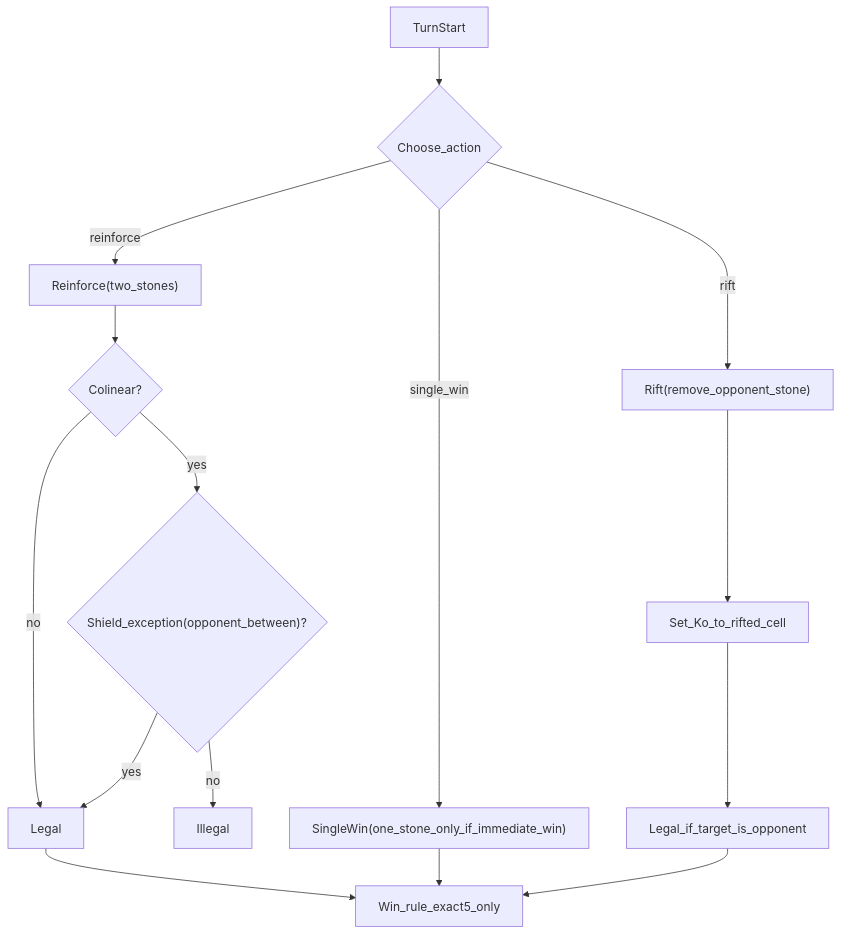
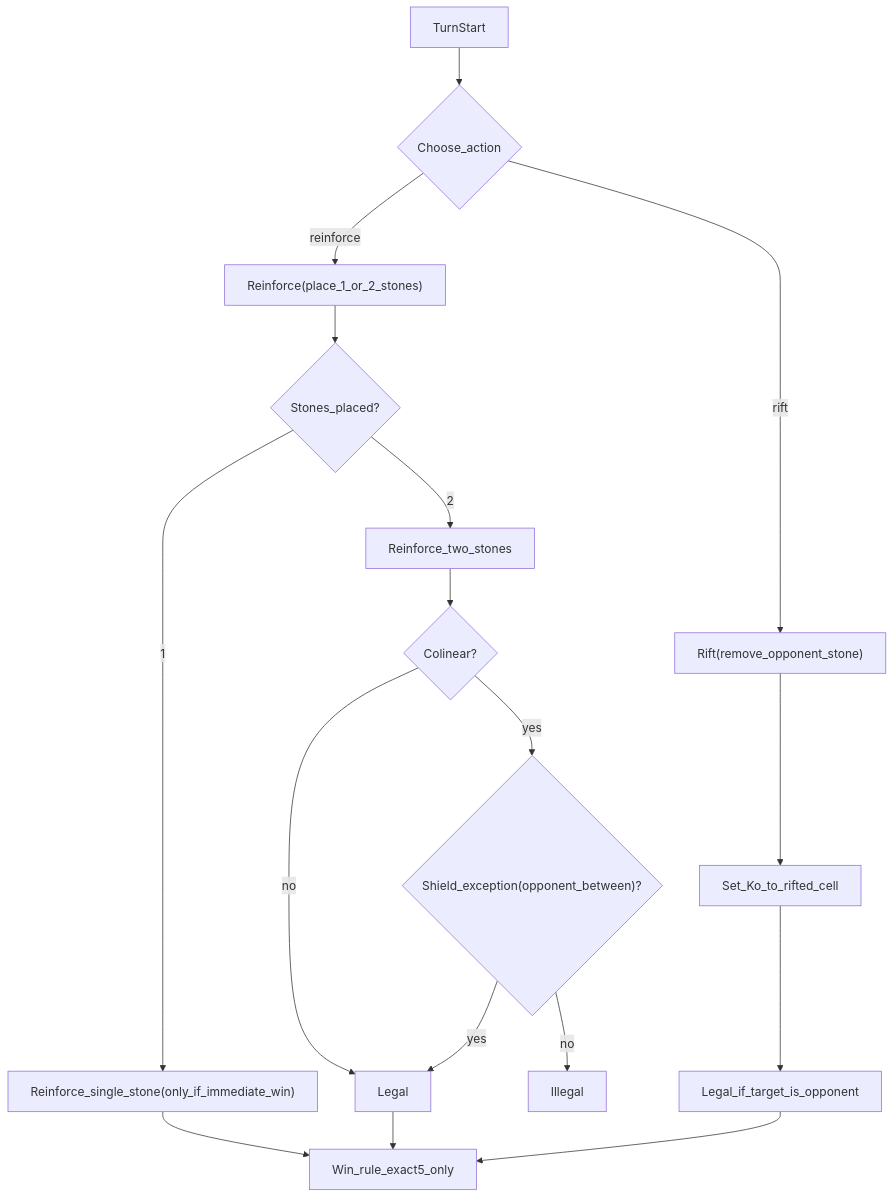
One commit to qb20nh/grr changed the second of 12 diagrams in docs/ai_movement_strategy.md. Above: the diagram before and after it, drawn with Mermaid. The commit also changed other lines of this file and 27 other files, not shown here.

````diff
--- a/docs/ai_movement_strategy.md
+++ b/docs/ai_movement_strategy.md
@@ -35,21 +35,24 @@
 ```mermaid
 flowchart TD
   turnStart["TurnStart"] --> chooseAction{"Choose_action"}
 
-  chooseAction -->|reinforce| reinforce["Reinforce(two_stones)"]
-  chooseAction -->|single_win| singleWin["SingleWin(one_stone_only_if_immediate_win)"]
+  chooseAction -->|reinforce| reinforce["Reinforce(place_1_or_2_stones)"]
   chooseAction -->|rift| rift["Rift(remove_opponent_stone)"]
 
-  reinforce --> colinear{"Colinear?"}
+  reinforce --> stones{"Stones_placed?"}
+  stones -->|"1"| singleWin["Reinforce_single_stone(only_if_immediate_win)"]
+  stones -->|"2"| twoStone["Reinforce_two_stones"]
+
+  twoStone --> colinear{"Colinear?"}
   colinear -->|no| reinforceOk["Legal"]
   colinear -->|yes| shield{"Shield_exception(opponent_between)?"}
   shield -->|yes| reinforceOk
   shield -->|no| reinforceBad["Illegal"]
 
   rift --> ko["Set_Ko_to_rifted_cell"]
   ko --> riftOk["Legal_if_target_is_opponent"]
 
   reinforceOk --> exact5["Win_rule_exact5_only"]
   riftOk --> exact5
   singleWin --> exact5
 ```
````
